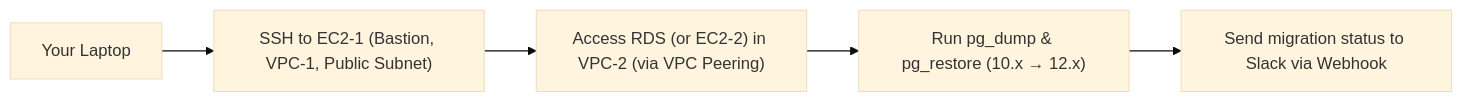
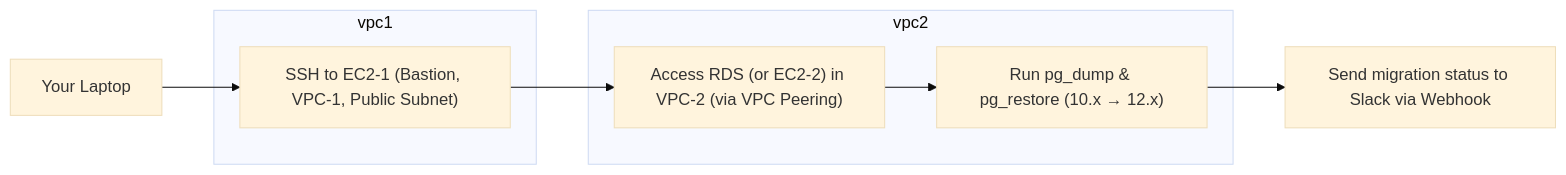
Before and after one commit to lacture-jala/project1-jala: the diagram in project2/workflow.md, drawn with Mermaid (base theme). The commit also changed 3 other files, not shown here.

````diff
--- a/project2/workflow.md
+++ b/project2/workflow.md
@@ -56,15 +56,19 @@
 ```mermaid
 graph LR
     laptop["Your Laptop"]
+    subgraph vpc1[vpc1]
     EC2_1["SSH to EC2-1 (Bastion, VPC-1, Public Subnet)"]
+    end
+    subgraph vpc2[vpc2]
     EC2_2["Access RDS (or EC2-2) in VPC-2 (via VPC Peering)"]
     rdf["Run pg_dump & pg_restore (10.x → 12.x)"]
+    end
     status["Send migration status to Slack via Webhook"]
 
     laptop --> EC2_1
     EC2_1 --> EC2_2
     EC2_2 --> rdf
     rdf --> status
 
 
 ```
````
